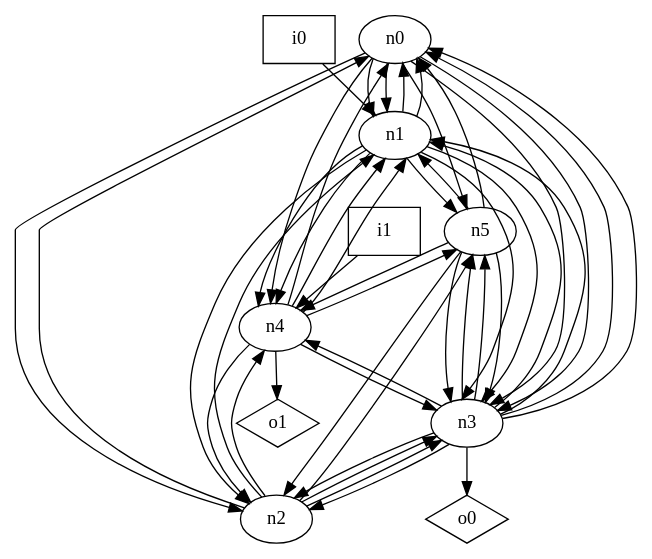
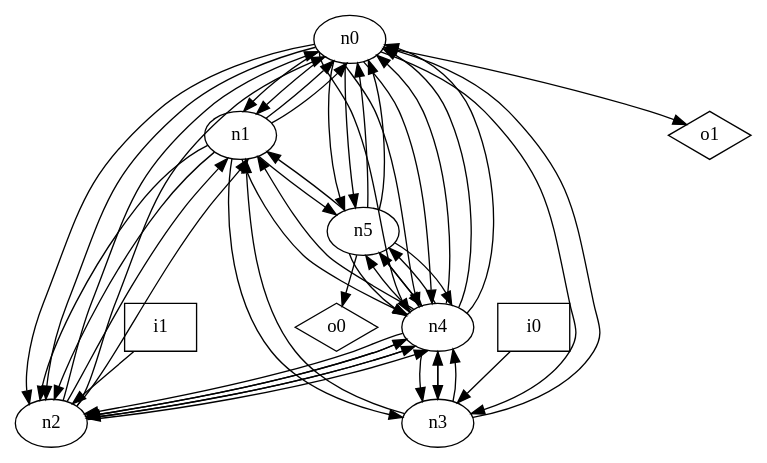
The diagram in dot_files/random_graph/undirected_loop_free_graph.dot (p9romain/bool-circuits), drawn with Graphviz before and after one commit. The commit also changed 74 other files, not shown here.

```diff
--- a/dot_files/random_graph/undirected_loop_free_graph.dot
+++ b/dot_files/random_graph/undirected_loop_free_graph.dot
@@ -1,58 +1,62 @@
 digraph G {
 n0 [label="n0"];
 n1 [label="n1"];
 n2 [label="n2"];
 n3 [label="n3"];
 n4 [label="n4"];
 n5 [label="n5"];
 n6 [label="i0",shape="box"];
 n7 [label="i1",shape="box"];
 n8 [label="o0",shape="diamond"];
 n9 [label="o1",shape="diamond"];
 n0 -> n1
 n0 -> n1
 n0 -> n2
-n0 -> n3
+n0 -> n2
 n0 -> n3
 n0 -> n4
+n0 -> n4
+n0 -> n4
 n0 -> n5
+n0 -> n5
+n0 -> n9
 n1 -> n0
 n1 -> n0
 n1 -> n2
+n1 -> n2
 n1 -> n3
-n1 -> n3
-n1 -> n4
 n1 -> n4
 n1 -> n5
 n2 -> n0
+n2 -> n0
 n2 -> n1
-n2 -> n3
-n2 -> n3
+n2 -> n1
 n2 -> n4
-n2 -> n5
-n3 -> n0
+n2 -> n4
+n2 -> n4
 n3 -> n0
 n3 -> n1
-n3 -> n1
-n3 -> n2
-n3 -> n2
 n3 -> n4
-n3 -> n5
-n3 -> n5
-n3 -> n8
+n3 -> n4
+n4 -> n0
+n4 -> n0
 n4 -> n0
 n4 -> n1
-n4 -> n1
+n4 -> n2
+n4 -> n2
 n4 -> n2
 n4 -> n3
+n4 -> n3
 n4 -> n5
-n4 -> n9
+n4 -> n5
+n4 -> n5
+n5 -> n0
 n5 -> n0
 n5 -> n1
-n5 -> n2
-n5 -> n3
-n5 -> n3
 n5 -> n4
-n6 -> n1
-n7 -> n4
+n5 -> n4
+n5 -> n4
+n5 -> n8
+n6 -> n3
+n7 -> n2
 }
```
